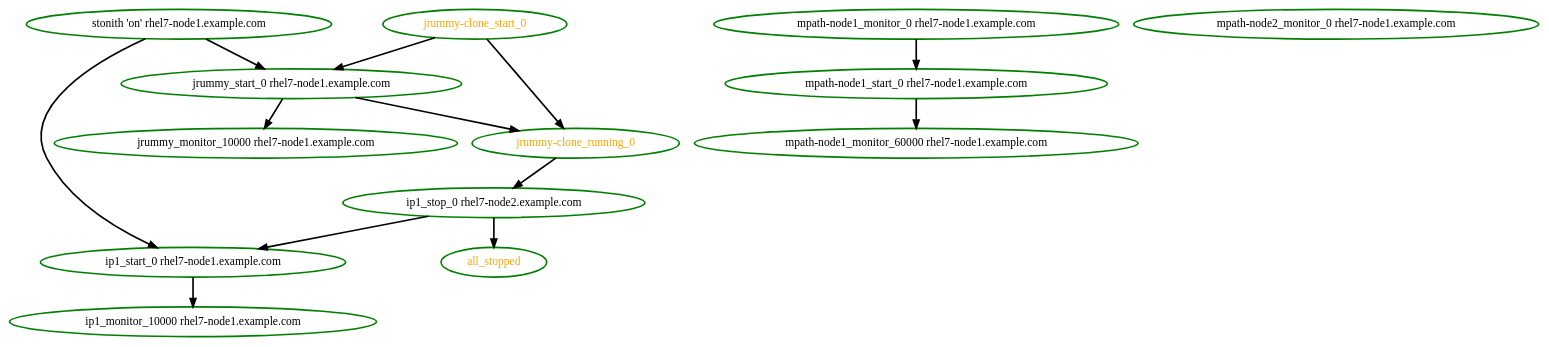
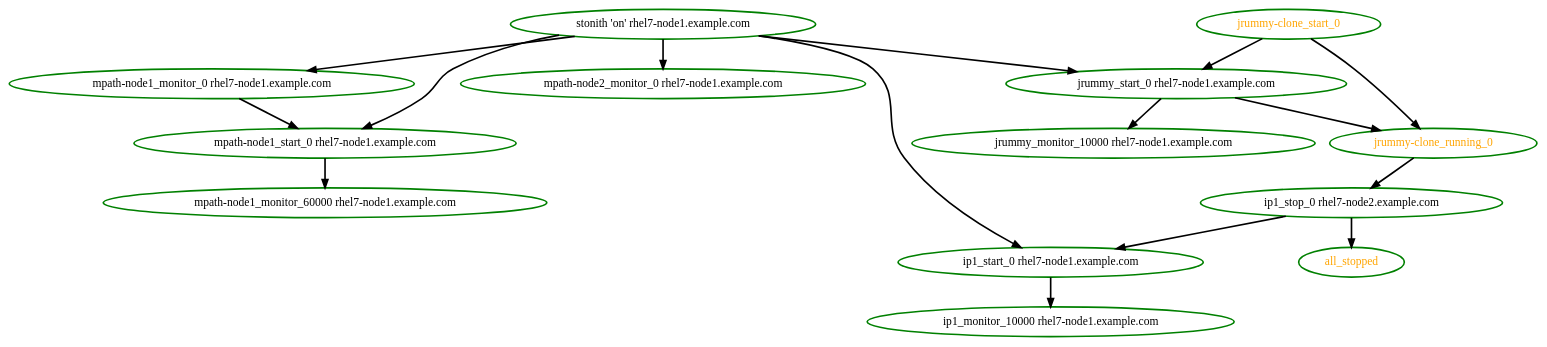
The diagram in pengine/test10/start-then-stop-with-unfence.dot (ClusterLabs/pacemaker), drawn with Graphviz before and after one commit. The commit also changed 11 other files, not shown here.

```diff
--- a/pengine/test10/start-then-stop-with-unfence.dot
+++ b/pengine/test10/start-then-stop-with-unfence.dot
@@ -1,27 +1,30 @@
 digraph "g" {
 "all_stopped" [ style=bold color="green" fontcolor="orange"]
 "ip1_monitor_10000 rhel7-node1.example.com" [ style=bold color="green" fontcolor="black"]
 "ip1_start_0 rhel7-node1.example.com" -> "ip1_monitor_10000 rhel7-node1.example.com" [ style = bold]
 "ip1_start_0 rhel7-node1.example.com" [ style=bold color="green" fontcolor="black"]
 "ip1_stop_0 rhel7-node2.example.com" -> "all_stopped" [ style = bold]
 "ip1_stop_0 rhel7-node2.example.com" -> "ip1_start_0 rhel7-node1.example.com" [ style = bold]
 "ip1_stop_0 rhel7-node2.example.com" [ style=bold color="green" fontcolor="black"]
 "jrummy-clone_running_0" -> "ip1_stop_0 rhel7-node2.example.com" [ style = bold]
 "jrummy-clone_running_0" [ style=bold color="green" fontcolor="orange"]
 "jrummy-clone_start_0" -> "jrummy-clone_running_0" [ style = bold]
 "jrummy-clone_start_0" -> "jrummy_start_0 rhel7-node1.example.com" [ style = bold]
 "jrummy-clone_start_0" [ style=bold color="green" fontcolor="orange"]
 "jrummy_monitor_10000 rhel7-node1.example.com" [ style=bold color="green" fontcolor="black"]
 "jrummy_start_0 rhel7-node1.example.com" -> "jrummy-clone_running_0" [ style = bold]
 "jrummy_start_0 rhel7-node1.example.com" -> "jrummy_monitor_10000 rhel7-node1.example.com" [ style = bold]
 "jrummy_start_0 rhel7-node1.example.com" [ style=bold color="green" fontcolor="black"]
 "mpath-node1_monitor_0 rhel7-node1.example.com" -> "mpath-node1_start_0 rhel7-node1.example.com" [ style = bold]
 "mpath-node1_monitor_0 rhel7-node1.example.com" [ style=bold color="green" fontcolor="black"]
 "mpath-node1_monitor_60000 rhel7-node1.example.com" [ style=bold color="green" fontcolor="black"]
 "mpath-node1_start_0 rhel7-node1.example.com" -> "mpath-node1_monitor_60000 rhel7-node1.example.com" [ style = bold]
 "mpath-node1_start_0 rhel7-node1.example.com" [ style=bold color="green" fontcolor="black"]
 "mpath-node2_monitor_0 rhel7-node1.example.com" [ style=bold color="green" fontcolor="black"]
 "stonith 'on' rhel7-node1.example.com" -> "ip1_start_0 rhel7-node1.example.com" [ style = bold]
 "stonith 'on' rhel7-node1.example.com" -> "jrummy_start_0 rhel7-node1.example.com" [ style = bold]
+"stonith 'on' rhel7-node1.example.com" -> "mpath-node1_monitor_0 rhel7-node1.example.com" [ style = bold]
+"stonith 'on' rhel7-node1.example.com" -> "mpath-node1_start_0 rhel7-node1.example.com" [ style = bold]
+"stonith 'on' rhel7-node1.example.com" -> "mpath-node2_monitor_0 rhel7-node1.example.com" [ style = bold]
 "stonith 'on' rhel7-node1.example.com" [ style=bold color="green" fontcolor="black"]
 }
```
